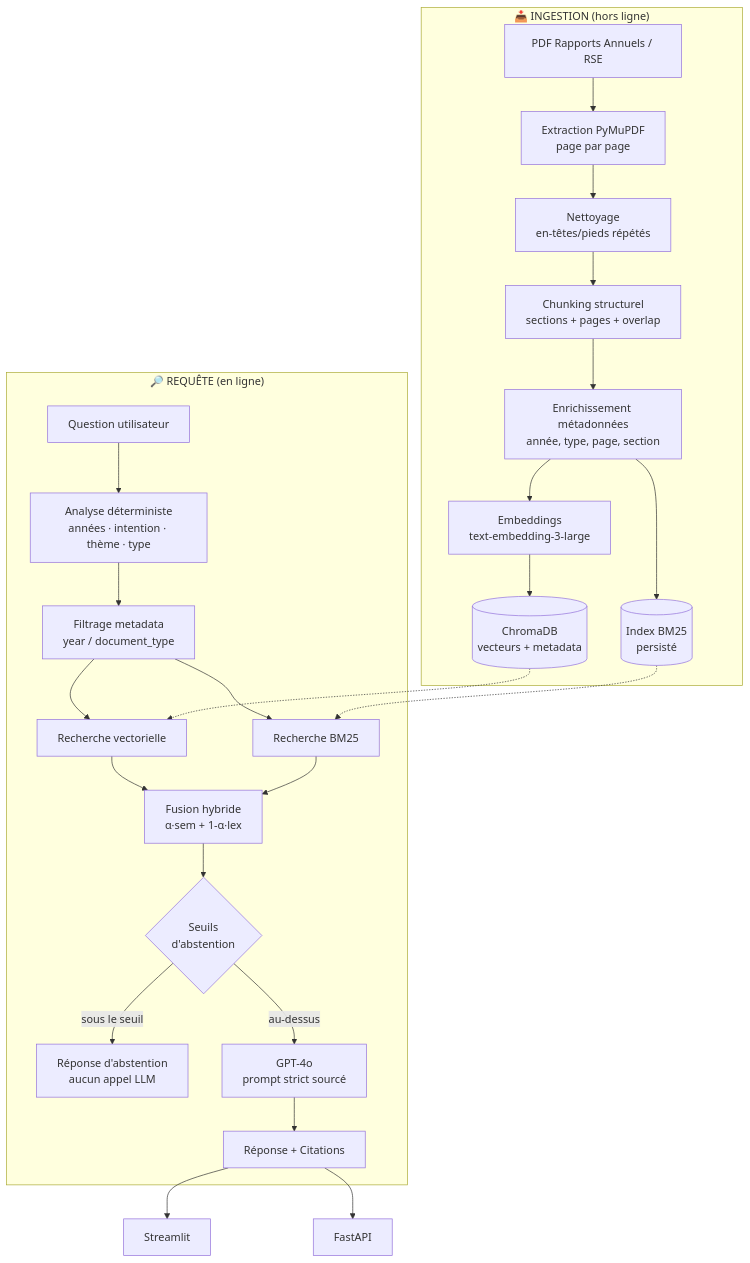
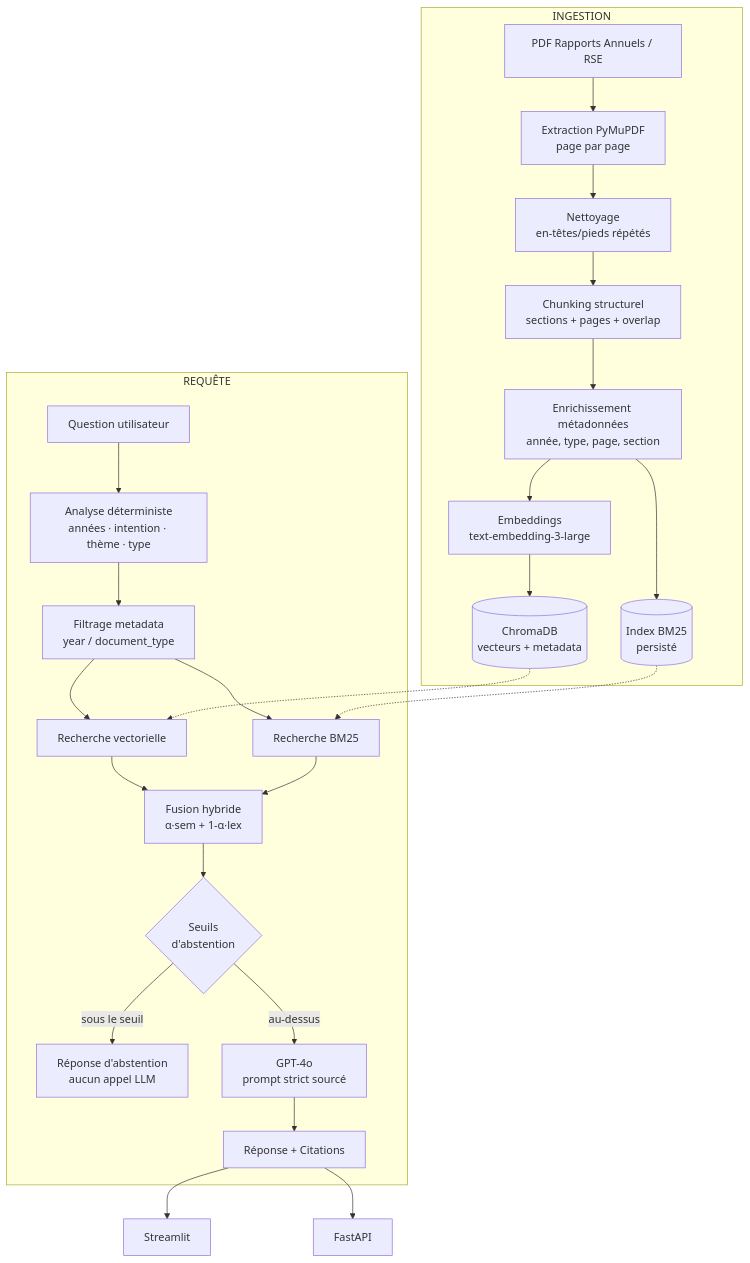
The diagram in README.md (Oulhajsalwa/Tanger-Med-Knowledge-Assistant), drawn with Mermaid before and after one commit. The commit also changed other lines of this file, not shown here.

````diff
--- a/README.md
+++ b/README.md
@@ -57,30 +57,30 @@
 ```mermaid
 flowchart TD
-    subgraph IN["📥 INGESTION (hors ligne)"]
+    subgraph IN[" INGESTION "]
         A[PDF Rapports Annuels / RSE] --> B[Extraction PyMuPDF<br/>page par page]
         B --> C[Nettoyage<br/>en-têtes/pieds répétés]
         C --> D[Chunking structurel<br/>sections + pages + overlap]
         D --> E[Enrichissement métadonnées<br/>année, type, page, section]
         E --> F[Embeddings<br/>text-embedding-3-large]
         F --> G[(ChromaDB<br/>vecteurs + metadata)]
         E --> H[(Index BM25<br/>persisté)]
     end
 
-    subgraph Q["🔎 REQUÊTE (en ligne)"]
+    subgraph Q["REQUÊTE"]
         U[Question utilisateur] --> QA[Analyse déterministe<br/>années · intention · thème · type]
         QA --> MF[Filtrage metadata<br/>year / document_type]
         MF --> VS[Recherche vectorielle]
         MF --> BM[Recherche BM25]
         G -.-> VS
         H -.-> BM
         VS --> FU[Fusion hybride<br/>α·sem + 1-α·lex]
         BM --> FU
         FU --> AB{Seuils<br/>d'abstention}
         AB -- sous le seuil --> NA[Réponse d'abstention<br/>aucun appel LLM]
         AB -- au-dessus --> GEN[GPT-4o<br/>prompt strict sourcé]
         GEN --> OUT[Réponse + Citations]
     end
 
     OUT --> UI[Streamlit]
     OUT --> API[FastAPI]
 ```
````
